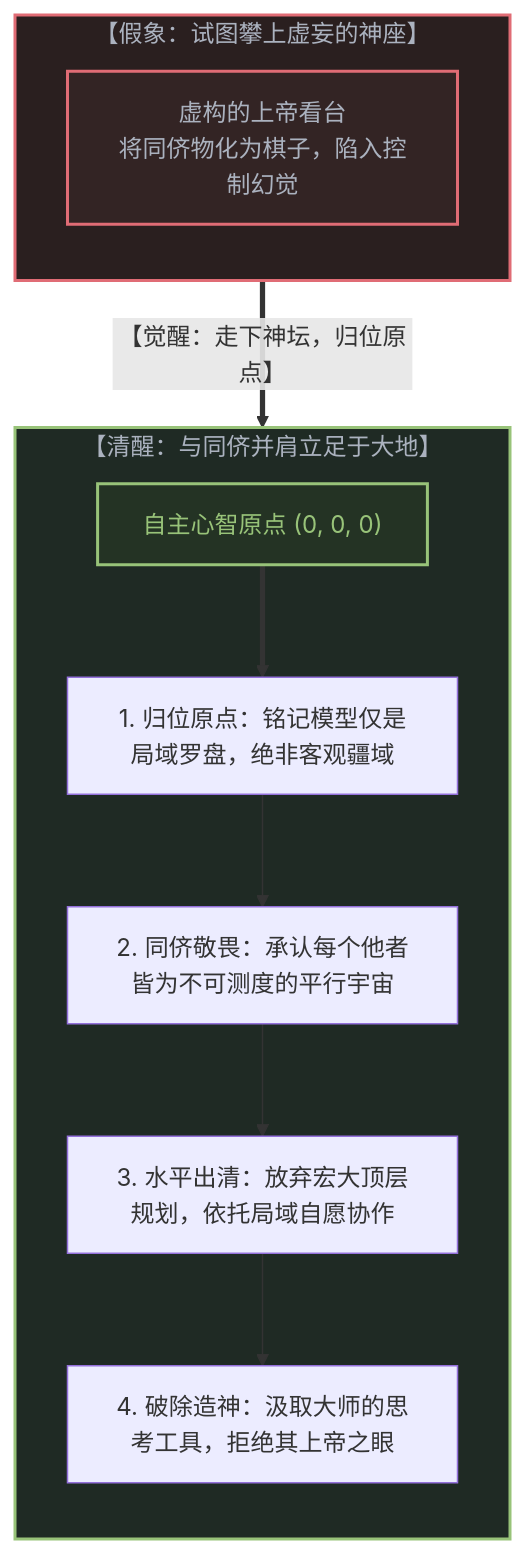
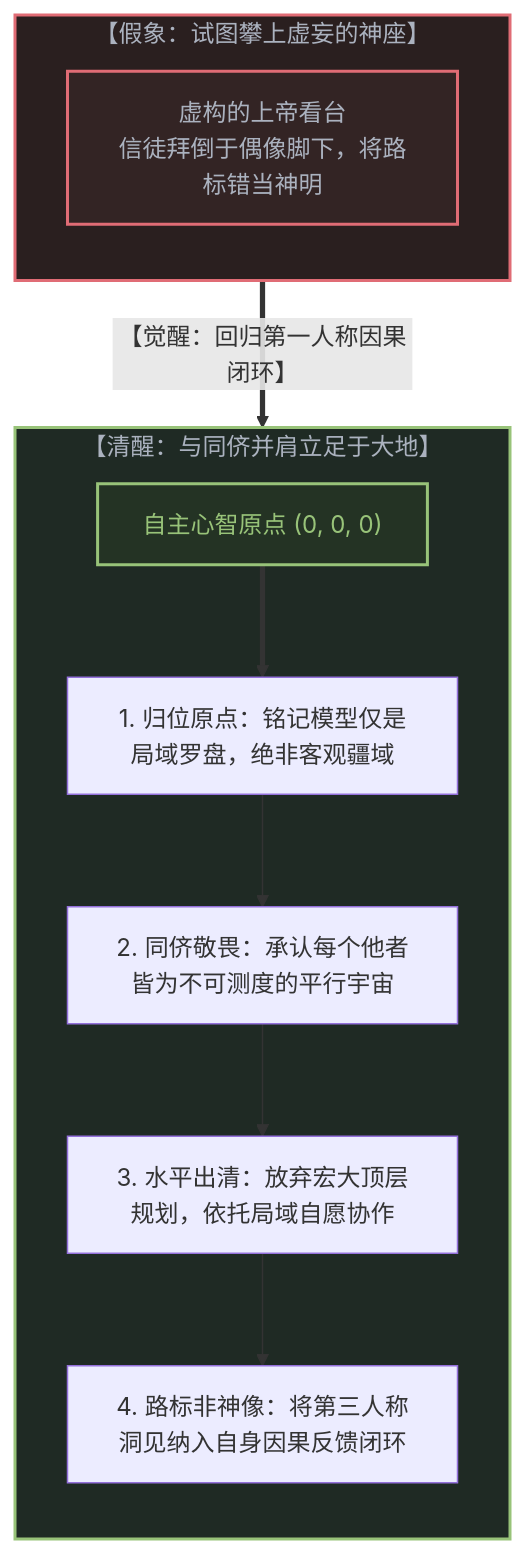
The ninth of 10 diagrams in content/posts/the-invisible-gods-eye.md (powerpig99/not-a-toe), drawn with Mermaid before and after one commit. The commit also changed other lines of this file and 3 other files, not shown here.

````diff
--- a/content/posts/the-invisible-gods-eye.md
+++ b/content/posts/the-invisible-gods-eye.md
@@ -417,29 +417,29 @@
 ```mermaid
 graph TD
     subgraph FalseAscent["【假象：试图攀上虚妄的神座】"]
         direction TB
-        GodBalcony["虚构的上帝看台<br>将同侪物化为棋子，陷入控制幻觉"]
+        GodBalcony["虚构的上帝看台<br>信徒拜倒于偶像脚下，将路标错当神明"]
     end
 
-    FalseAscent ==>|"【觉醒：走下神坛，归位原点】"| GroundedSovereignty
+    FalseAscent ==>|"【觉醒：回归第一人称因果闭环】"| GroundedSovereignty
 
     subgraph GroundedSovereignty["【清醒：与同侪并肩立足于大地】"]
         direction TB
         OriginGround["自主心智原点 (0, 0, 0)"]
         
         Step1["1. 归位原点：铭记模型仅是局域罗盘，绝非客观疆域"]
         Step2["2. 同侪敬畏：承认每个他者皆为不可测度的平行宇宙"]
         Step3["3. 水平出清：放弃宏大顶层规划，依托局域自愿协作"]
-        Step4["4. 破除造神：汲取大师的思考工具，拒绝其上帝之眼"]
+        Step4["4. 路标非神像：将第三人称洞见纳入自身因果反馈闭环"]
 
         OriginGround ==> Step1
         Step1 --> Step2
         Step2 --> Step3
         Step3 --> Step4
     end
 
     style FalseAscent fill:#2a1f1f,stroke:#e06c75,stroke-width:2px,color:#abb2bf
     style GroundedSovereignty fill:#1f2a24,stroke:#98c379,stroke-width:2px,color:#abb2bf
     style GodBalcony fill:#332424,stroke:#e06c75,stroke-width:2px,color:#abb2bf
     style OriginGround fill:#243324,stroke:#98c379,stroke-width:2px,color:#98c379
 ```
````
